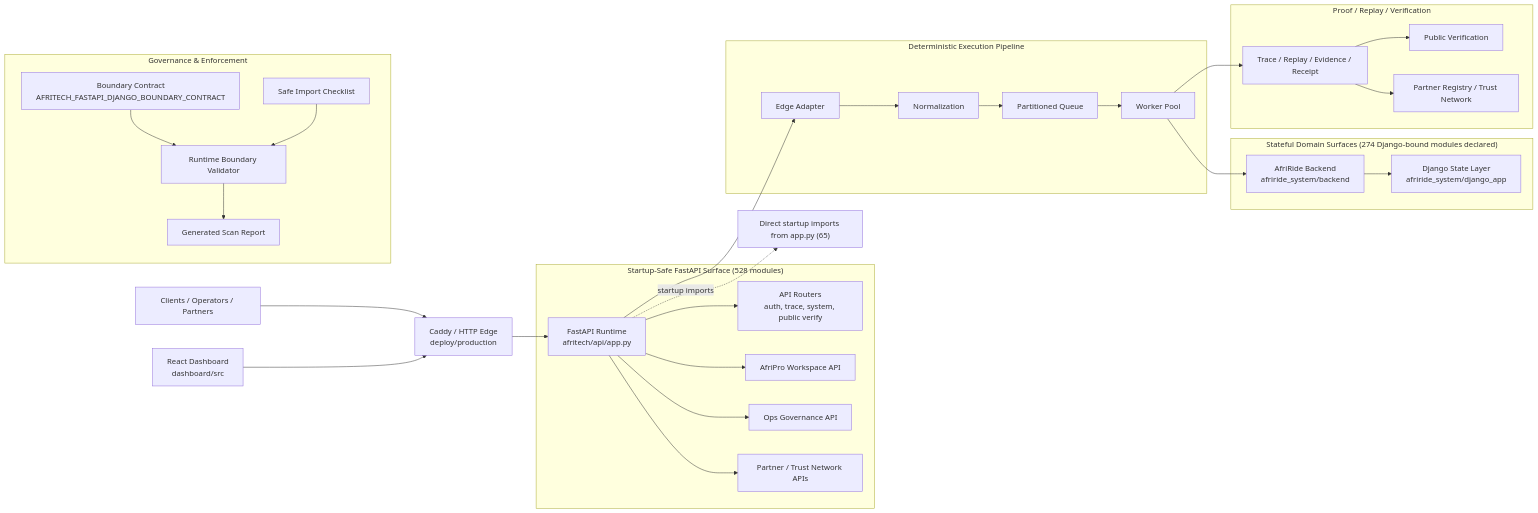
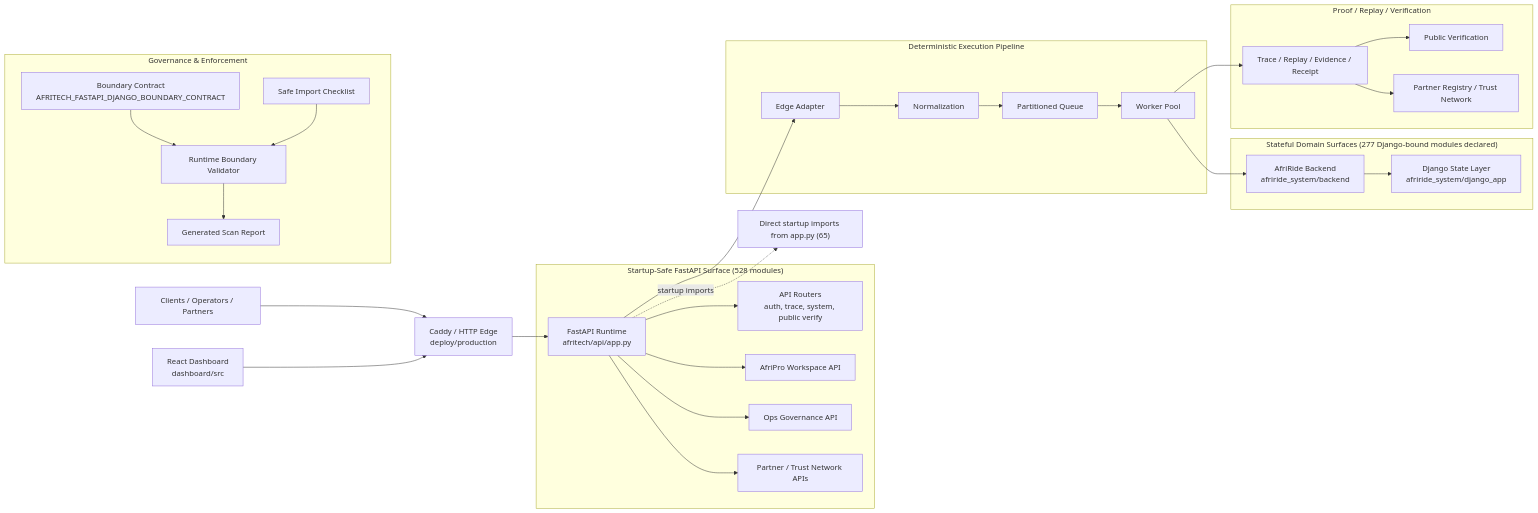
One commit to Strelly2023/afritelematics changed the first of 2 diagrams in docs/architecture/AFRITECH_FULL_ARCHITECTURE_GRAPH.md. Above: the diagram before and after it, drawn with Mermaid. The commit also changed other lines of this file and 111 other files, not shown here.

````diff
--- a/docs/architecture/AFRITECH_FULL_ARCHITECTURE_GRAPH.md
+++ b/docs/architecture/AFRITECH_FULL_ARCHITECTURE_GRAPH.md
@@ -22,39 +22,39 @@
 ```mermaid
 flowchart LR
     Client["Clients / Operators / Partners"] --> Edge["Caddy / HTTP Edge\ndeploy/production"]
     Dashboard["React Dashboard\ndashboard/src"] --> Edge
     Edge --> App["FastAPI Runtime\nafritech/api/app.py"]
 
     subgraph FastAPI["Startup-Safe FastAPI Surface (528 modules)"]
         App --> Api["API Routers\nauth, trace, system, public verify"]
         App --> Workspace["AfriPro Workspace API"]
         App --> Governance["Ops Governance API"]
         App --> Trust["Partner / Trust Network APIs"]
     end
 
     subgraph Pipeline["Deterministic Execution Pipeline"]
         App --> Adapt["Edge Adapter"]
         Adapt --> Normalize["Normalization"]
         Normalize --> Queue["Partitioned Queue"]
         Queue --> Worker["Worker Pool"]
     end
 
-    subgraph State["Stateful Domain Surfaces (274 Django-bound modules declared)"]
+    subgraph State["Stateful Domain Surfaces (277 Django-bound modules declared)"]
         Worker --> Domain["AfriRide Backend\nafriride_system/backend"]
         Domain --> Django["Django State Layer\nafriride_system/django_app"]
     end
 
     subgraph Proof["Proof / Replay / Verification"]
         Worker --> Trace["Trace / Replay / Evidence / Receipt"]
         Trace --> Public["Public Verification"]
         Trace --> Registry["Partner Registry / Trust Network"]
     end
 
     subgraph GovernancePlane["Governance & Enforcement"]
         Contract["Boundary Contract\nAFRITECH_FASTAPI_DJANGO_BOUNDARY_CONTRACT"] --> Validator["Runtime Boundary Validator"]
         Checklist["Safe Import Checklist"] --> Validator
         Validator --> Review["Generated Scan Report"]
     end
 
     App -. startup imports .-> Imports["Direct startup imports from app.py (65)"]
 ```
````
